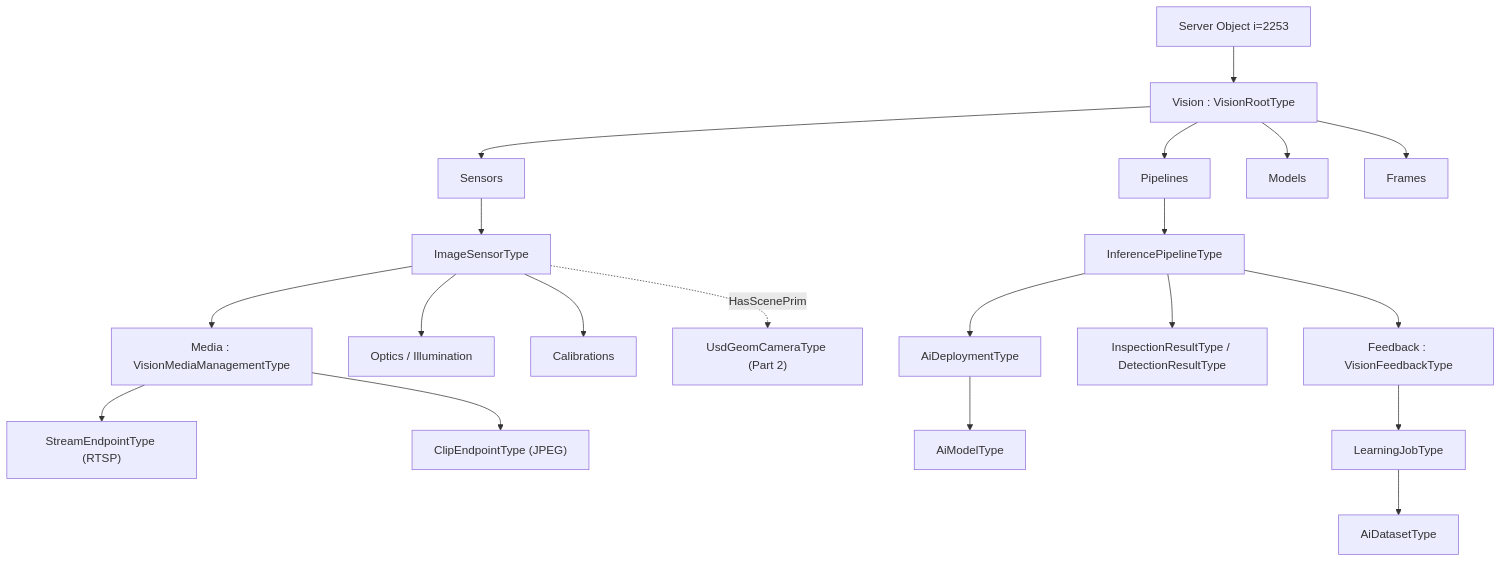
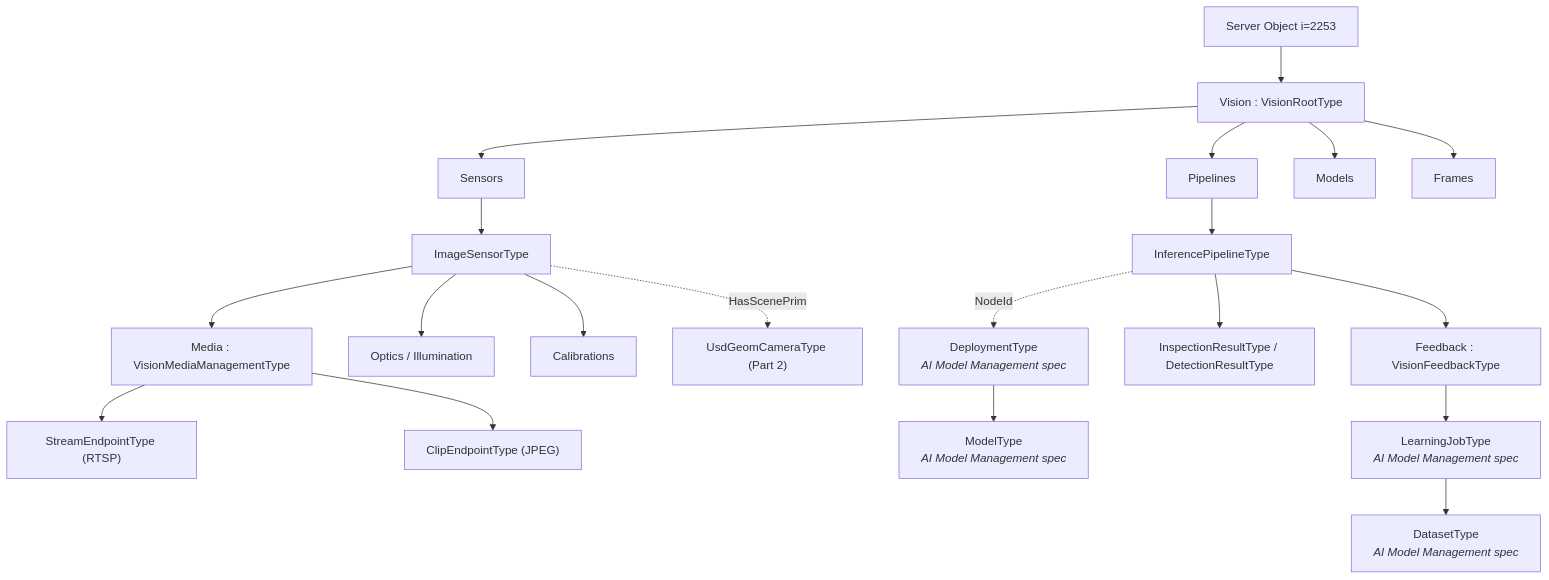
The first of 10 diagrams in metaverse-specs/vision/OPC-UA-Vision.md (marcschier/opcua-drafts), drawn with Mermaid before and after one commit. The commit also changed other lines of this file and 46 other files, not shown here.

````diff
--- a/metaverse-specs/vision/OPC-UA-Vision.md
+++ b/metaverse-specs/vision/OPC-UA-Vision.md
@@ -140,25 +148,25 @@
 ```mermaid
 graph TD
     SRV["Server Object i=2253"] --> ROOT["Vision : VisionRootType"]
     ROOT --> SENS["Sensors"]
     ROOT --> PIPES["Pipelines"]
     ROOT --> MODELS["Models"]
     ROOT --> FRAMES["Frames"]
 
     SENS --> CAM["ImageSensorType"]
     CAM --> MEDIA["Media : VisionMediaManagementType"]
     MEDIA --> STREAM["StreamEndpointType (RTSP)"]
     MEDIA --> CLIP["ClipEndpointType (JPEG)"]
     CAM --> OPTICS["Optics / Illumination"]
     CAM --> CAL["Calibrations"]
 
     PIPES --> PIPE["InferencePipelineType"]
-    PIPE --> DEPLOY["AiDeploymentType"]
-    DEPLOY --> MODEL["AiModelType"]
+    PIPE -.NodeId.-> DEPLOY["DeploymentType<br/><i>AI Model Management spec</i>"]
+    DEPLOY --> MODEL["ModelType<br/><i>AI Model Management spec</i>"]
     PIPE --> RESULT["InspectionResultType / DetectionResultType"]
     PIPE --> FB["Feedback : VisionFeedbackType"]
-    FB --> LEARN["LearningJobType"]
-    LEARN --> DATASET["AiDatasetType"]
+    FB --> LEARN["LearningJobType<br/><i>AI Model Management spec</i>"]
+    LEARN --> DATASET["DatasetType<br/><i>AI Model Management spec</i>"]
 
     CAM -.HasScenePrim.-> PRIM["UsdGeomCameraType (Part 2)"]
 ```
````
